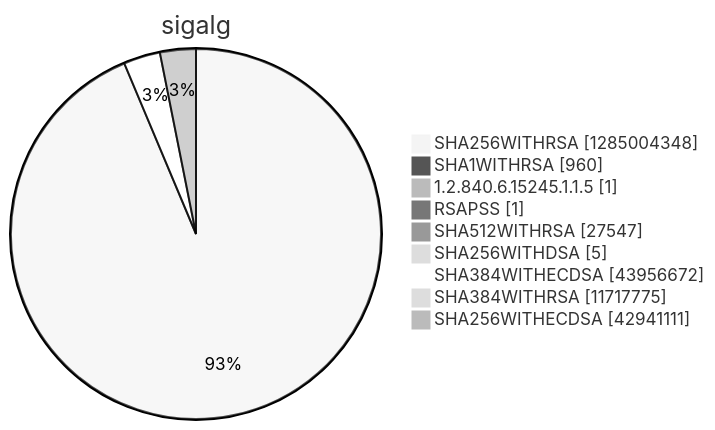
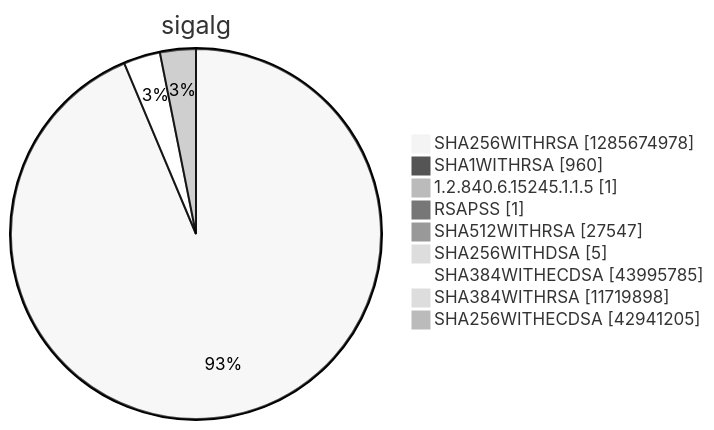
One commit to christiankrug/ctmonitor_visualization changed diagram 15 of 15 in argon2022/README.md. Above: the diagram before and after it, drawn with Mermaid (neutral theme). The commit also changed other lines of this file, not shown here.

````diff
--- a/argon2022/README.md
+++ b/argon2022/README.md
@@ -5523,13 +5523,13 @@
 ```mermaid
 pie showData
 title sigalg
-"SHA256WITHRSA" :1285004348
+"SHA256WITHRSA" :1285674978
 "SHA1WITHRSA" :960
 "1.2.840.6.15245.1.1.5" :1
 "RSAPSS" :1
 "SHA512WITHRSA" :27547
 "SHA256WITHDSA" :5
-"SHA384WITHECDSA" :43956672
-"SHA384WITHRSA" :11717775
-"SHA256WITHECDSA" :42941111
+"SHA384WITHECDSA" :43995785
+"SHA384WITHRSA" :11719898
+"SHA256WITHECDSA" :42941205
 ```
````
